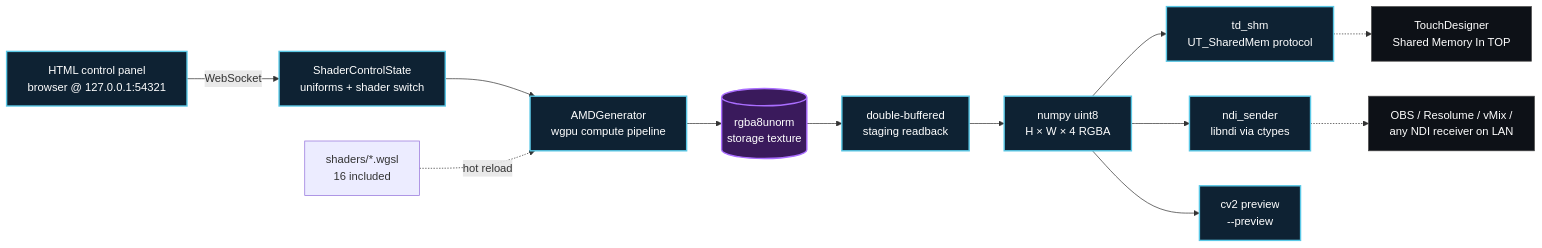
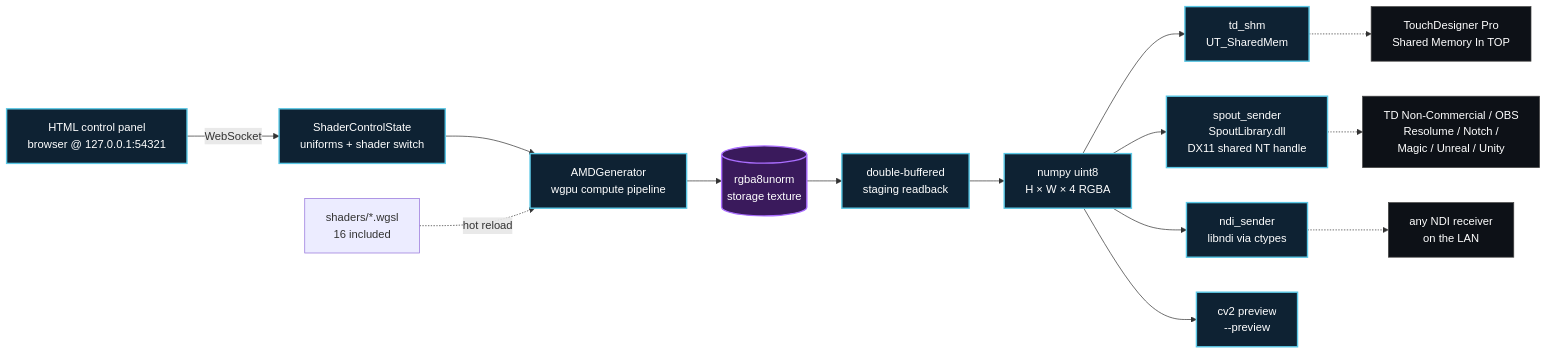
The diagram in README.md (UnveilStudio/wgsl-shm), drawn with Mermaid before and after one commit. The commit also changed other lines of this file and 5 other files, not shown here.

First line of the commit message:
feat: add Spout transport for TD Non-Commercial / OBS / Resolume / ...

````diff
--- a/README.md
+++ b/README.md
@@ -52,21 +53,23 @@
 ```mermaid
 flowchart LR
     UI[HTML control panel<br/>browser @ 127.0.0.1:54321] -- WebSocket --> STATE[ShaderControlState<br/>uniforms + shader switch]
     STATE --> GEN[AMDGenerator<br/>wgpu compute pipeline]
     SHADER[shaders/*.wgsl<br/>16 included] -.hot reload.-> GEN
     GEN --> TEX[(rgba8unorm<br/>storage texture)]
     TEX --> RB[double-buffered<br/>staging readback]
     RB --> FRAME[numpy uint8<br/>H × W × 4 RGBA]
-    FRAME --> SHM[td_shm<br/>UT_SharedMem protocol]
+    FRAME --> SHM[td_shm<br/>UT_SharedMem]
+    FRAME --> SPOUT[spout_sender<br/>SpoutLibrary.dll<br/>DX11 shared NT handle]
     FRAME --> NDI[ndi_sender<br/>libndi via ctypes]
     FRAME --> CV2[cv2 preview<br/>--preview]
-    SHM -.-> TD[TouchDesigner<br/>Shared Memory In TOP]
-    NDI -.-> EXT[OBS / Resolume / vMix /<br/>any NDI receiver on LAN]
+    SHM -.-> TD[TouchDesigner Pro<br/>Shared Memory In TOP]
+    SPOUT -.-> SPR[TD Non-Commercial / OBS<br/>Resolume / Notch /<br/>Magic / Unreal / Unity]
+    NDI -.-> EXT[any NDI receiver<br/>on the LAN]
 
     classDef py fill:#0e2233,stroke:#5ac8e6,stroke-width:2px,color:#fff
     classDef gpu fill:#3a1a5c,stroke:#aa6eff,stroke-width:2px,color:#fff
     classDef sys fill:#0d1117,stroke:#444,color:#fff
-    class UI,STATE,GEN,RB,FRAME,SHM,NDI,CV2 py
+    class UI,STATE,GEN,RB,FRAME,SHM,SPOUT,NDI,CV2 py
     class TEX gpu
-    class TD,EXT sys
+    class TD,SPR,EXT sys
 ```
````
